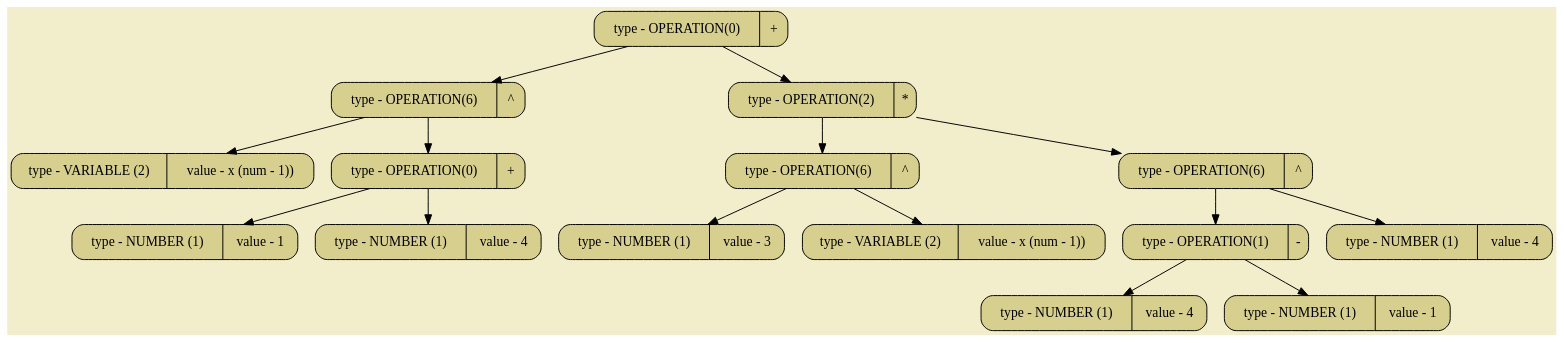
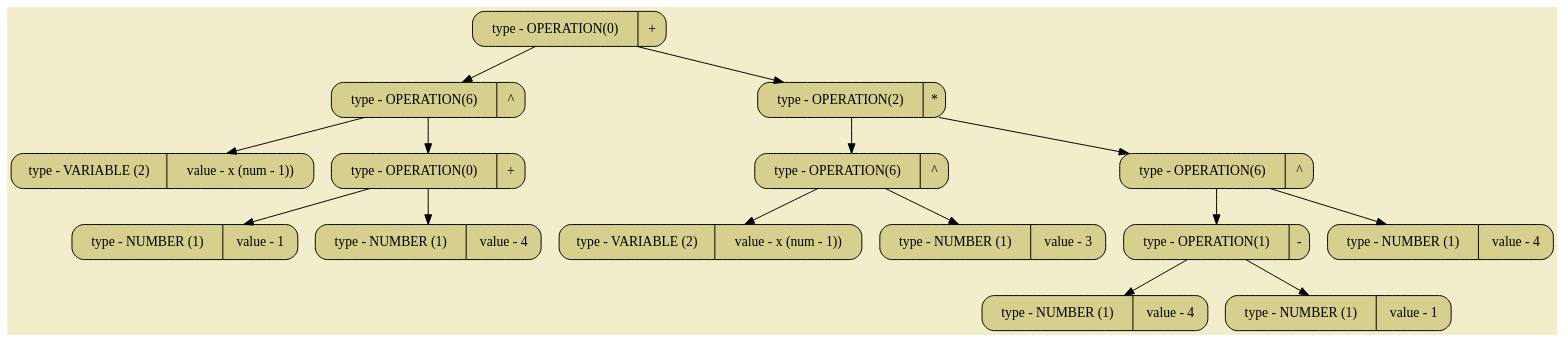
One commit to SashaKhaytina/Differenciator changed the diagram in all_dumps/pictures/image01.dot. Above: the diagram before and after it, drawn with Graphviz. The commit also changed 15 other files, not shown here.

```diff
--- a/all_dumps/pictures/image01.dot
+++ b/all_dumps/pictures/image01.dot
@@ -1,34 +1,34 @@
 digraph
 {
 bgcolor="#F2EECB";
 rankdir = TB;
-POINT_0x65204b4db6d0[shape=Mrecord, label = "type - OPERATION(0) | +", style="filled",fillcolor="#D7CF8D"]
-POINT_0x65204b4db5b0[shape=Mrecord, label = "type - OPERATION(6) | ^", style="filled",fillcolor="#D7CF8D"]
-POINT_0x65204b4db580[shape=Mrecord, label = "type - VARIABLE (2) | value - x (num - 1))", style="filled",fillcolor="#D7CF8D"]
-POINT_0x65204b4db640[shape=Mrecord, label = "type - OPERATION(0) | +", style="filled",fillcolor="#D7CF8D"]
-POINT_0x65204b4db610[shape=Mrecord, label = "type - NUMBER (1) | value - 1", style="filled",fillcolor="#D7CF8D"]
-POINT_0x65204b4db670[shape=Mrecord, label = "type - NUMBER (1) | value - 4", style="filled",fillcolor="#D7CF8D"]
-POINT_0x65204b4db7b0[shape=Mrecord, label = "type - OPERATION(2) | *", style="filled",fillcolor="#D7CF8D"]
-POINT_0x65204b4db730[shape=Mrecord, label = "type - OPERATION(6) | ^", style="filled",fillcolor="#D7CF8D"]
-POINT_0x65204b4db700[shape=Mrecord, label = "type - NUMBER (1) | value - 3", style="filled",fillcolor="#D7CF8D"]
-POINT_0x65204b4db780[shape=Mrecord, label = "type - VARIABLE (2) | value - x (num - 1))", style="filled",fillcolor="#D7CF8D"]
-POINT_0x65204b4db8d0[shape=Mrecord, label = "type - OPERATION(6) | ^", style="filled",fillcolor="#D7CF8D"]
-POINT_0x65204b4db840[shape=Mrecord, label = "type - OPERATION(1) | -", style="filled",fillcolor="#D7CF8D"]
-POINT_0x65204b4db810[shape=Mrecord, label = "type - NUMBER (1) | value - 4", style="filled",fillcolor="#D7CF8D"]
-POINT_0x65204b4db870[shape=Mrecord, label = "type - NUMBER (1) | value - 1", style="filled",fillcolor="#D7CF8D"]
-POINT_0x65204b4db900[shape=Mrecord, label = "type - NUMBER (1) | value - 4", style="filled",fillcolor="#D7CF8D"]
-POINT_0x65204b4db6d0 -> POINT_0x65204b4db5b0
-POINT_0x65204b4db6d0 -> POINT_0x65204b4db7b0
-POINT_0x65204b4db5b0 -> POINT_0x65204b4db580
-POINT_0x65204b4db5b0 -> POINT_0x65204b4db640
-POINT_0x65204b4db640 -> POINT_0x65204b4db610
-POINT_0x65204b4db640 -> POINT_0x65204b4db670
-POINT_0x65204b4db7b0 -> POINT_0x65204b4db730
-POINT_0x65204b4db7b0 -> POINT_0x65204b4db8d0
-POINT_0x65204b4db730 -> POINT_0x65204b4db700
-POINT_0x65204b4db730 -> POINT_0x65204b4db780
-POINT_0x65204b4db8d0 -> POINT_0x65204b4db840
-POINT_0x65204b4db8d0 -> POINT_0x65204b4db900
-POINT_0x65204b4db840 -> POINT_0x65204b4db810
-POINT_0x65204b4db840 -> POINT_0x65204b4db870
+POINT_0x6295e31396d0[shape=Mrecord, label = "type - OPERATION(0) | +", style="filled",fillcolor="#D7CF8D"]
+POINT_0x6295e31395b0[shape=Mrecord, label = "type - OPERATION(6) | ^", style="filled",fillcolor="#D7CF8D"]
+POINT_0x6295e3139580[shape=Mrecord, label = "type - VARIABLE (2) | value - x (num - 1))", style="filled",fillcolor="#D7CF8D"]
+POINT_0x6295e3139640[shape=Mrecord, label = "type - OPERATION(0) | +", style="filled",fillcolor="#D7CF8D"]
+POINT_0x6295e3139610[shape=Mrecord, label = "type - NUMBER (1) | value - 1", style="filled",fillcolor="#D7CF8D"]
+POINT_0x6295e3139670[shape=Mrecord, label = "type - NUMBER (1) | value - 4", style="filled",fillcolor="#D7CF8D"]
+POINT_0x6295e31397b0[shape=Mrecord, label = "type - OPERATION(2) | *", style="filled",fillcolor="#D7CF8D"]
+POINT_0x6295e3139750[shape=Mrecord, label = "type - OPERATION(6) | ^", style="filled",fillcolor="#D7CF8D"]
+POINT_0x6295e3139720[shape=Mrecord, label = "type - VARIABLE (2) | value - x (num - 1))", style="filled",fillcolor="#D7CF8D"]
+POINT_0x6295e3139780[shape=Mrecord, label = "type - NUMBER (1) | value - 3", style="filled",fillcolor="#D7CF8D"]
+POINT_0x6295e31398d0[shape=Mrecord, label = "type - OPERATION(6) | ^", style="filled",fillcolor="#D7CF8D"]
+POINT_0x6295e3139840[shape=Mrecord, label = "type - OPERATION(1) | -", style="filled",fillcolor="#D7CF8D"]
+POINT_0x6295e3139810[shape=Mrecord, label = "type - NUMBER (1) | value - 4", style="filled",fillcolor="#D7CF8D"]
+POINT_0x6295e3139870[shape=Mrecord, label = "type - NUMBER (1) | value - 1", style="filled",fillcolor="#D7CF8D"]
+POINT_0x6295e3139900[shape=Mrecord, label = "type - NUMBER (1) | value - 4", style="filled",fillcolor="#D7CF8D"]
+POINT_0x6295e31396d0 -> POINT_0x6295e31395b0
+POINT_0x6295e31396d0 -> POINT_0x6295e31397b0
+POINT_0x6295e31395b0 -> POINT_0x6295e3139580
+POINT_0x6295e31395b0 -> POINT_0x6295e3139640
+POINT_0x6295e3139640 -> POINT_0x6295e3139610
+POINT_0x6295e3139640 -> POINT_0x6295e3139670
+POINT_0x6295e31397b0 -> POINT_0x6295e3139750
+POINT_0x6295e31397b0 -> POINT_0x6295e31398d0
+POINT_0x6295e3139750 -> POINT_0x6295e3139720
+POINT_0x6295e3139750 -> POINT_0x6295e3139780
+POINT_0x6295e31398d0 -> POINT_0x6295e3139840
+POINT_0x6295e31398d0 -> POINT_0x6295e3139900
+POINT_0x6295e3139840 -> POINT_0x6295e3139810
+POINT_0x6295e3139840 -> POINT_0x6295e3139870
 }
```
